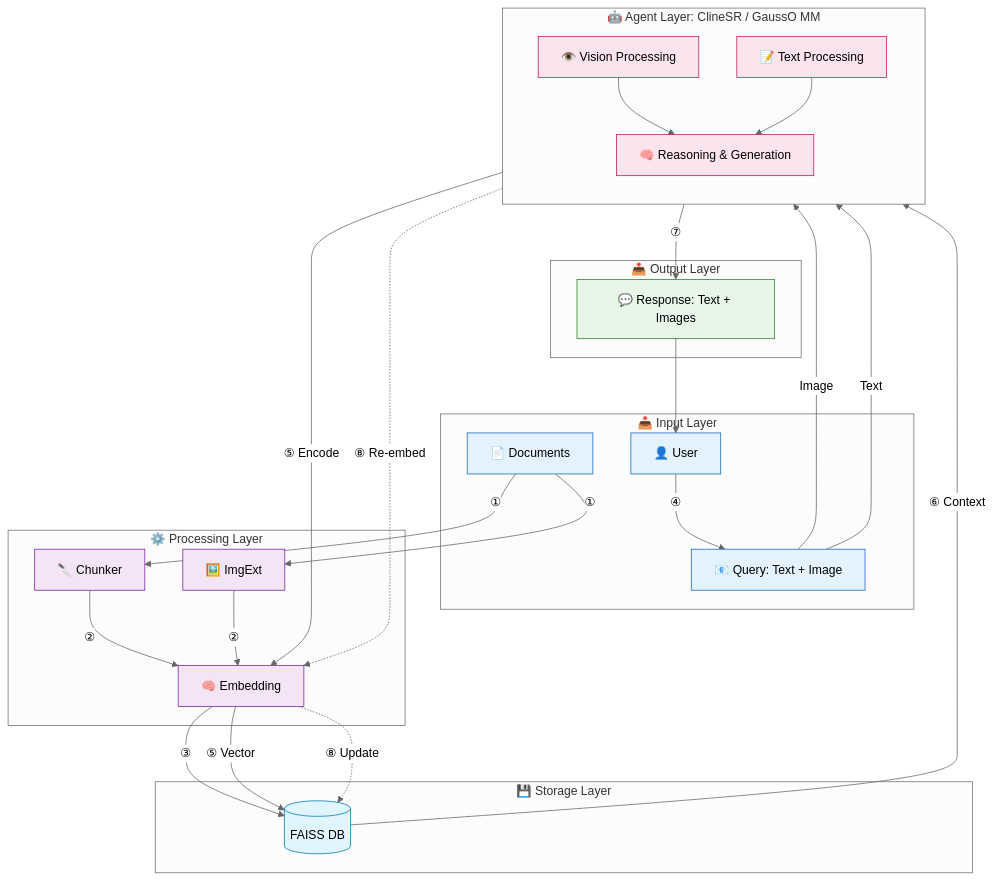
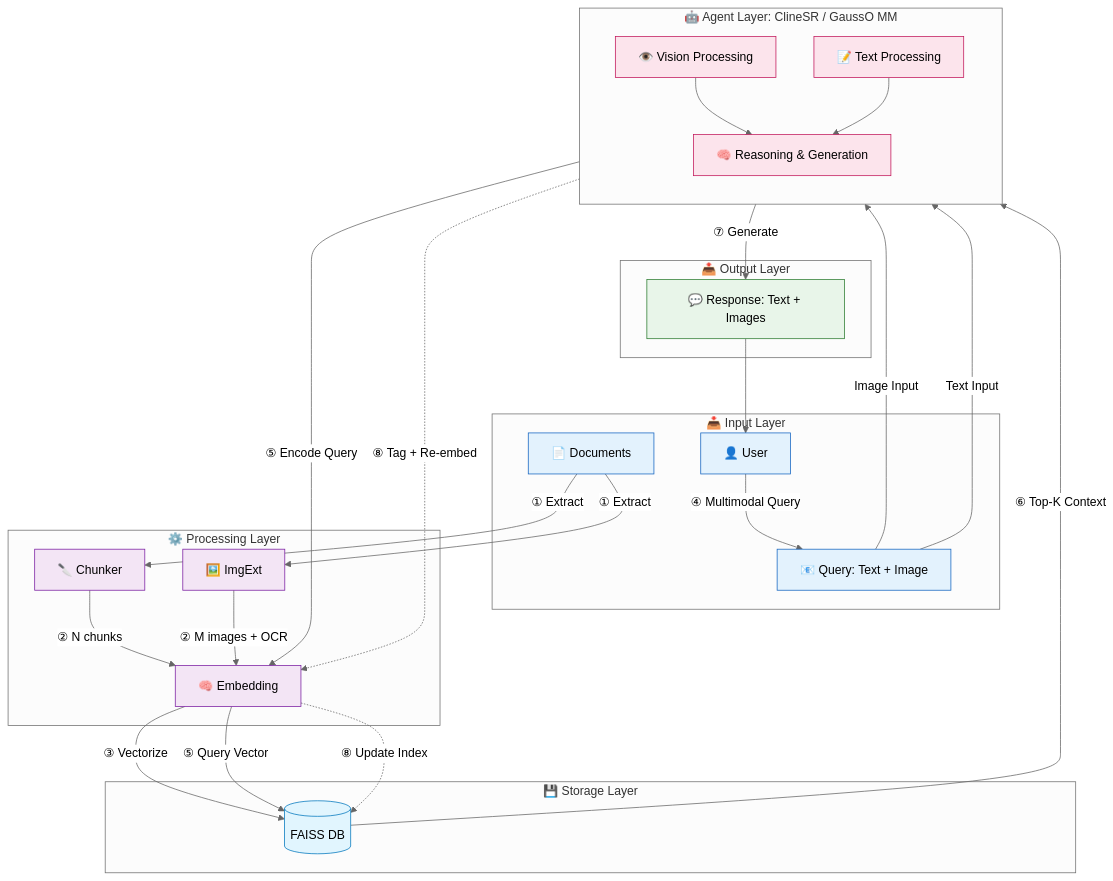
One commit to ngcix/doc-rag changed the fourth of 4 diagrams in report-doc/11-report-clineSR-withRAG.md. Above: the diagram before and after it, drawn with Mermaid (neutral theme). The commit also changed other lines of this file, not shown here.

````diff
--- a/report-doc/11-report-clineSR-withRAG.md
+++ b/report-doc/11-report-clineSR-withRAG.md
@@ -69,66 +69,66 @@
 ```mermaid
 flowchart TB
     subgraph INPUT [📥 Input Layer]
         User[👤 User]
         Docs[📄 Documents]
         QueryInput[📧 Query: Text + Image]
     end
 
     subgraph PROCESS [⚙️ Processing Layer]
         Chunker[🔪 Chunker]
         ImgExt[🖼️ ImgExt]
         Embed[🧠 Embedding]
     end
 
     subgraph STORAGE [💾 Storage Layer]
         FAISS[(FAISS DB)]
     end
 
     subgraph AGENT [🤖 Agent Layer: ClineSR / GaussO MM]
         direction TB
         VisionProc[👁️ Vision Processing]
         TextProc[📝 Text Processing]
         Reasoning[🧠 Reasoning & Generation]
     end
 
     subgraph OUTPUT [📤 Output Layer]
         Response[💬 Response: Text + Images]
     end
 
     %% Ingestion Flow (①②③)
-    Docs -->|①| Chunker
-    Docs -->|①| ImgExt
-    Chunker -->|②| Embed
-    ImgExt -->|②| Embed
-    Embed -->|③| FAISS
+    Docs -->|① Extract| Chunker
+    Docs -->|① Extract| ImgExt
+    Chunker -->|② N chunks| Embed
+    ImgExt -->|② M images + OCR| Embed
+    Embed -->|③ Vectorize| FAISS
 
     %% Query Flow (④⑤⑥⑦)
-    User -->|④| QueryInput
-    QueryInput -->|Image| VisionProc
-    QueryInput -->|Text| TextProc
+    User -->|④ Multimodal Query| QueryInput
+    QueryInput -->|Image Input| VisionProc
+    QueryInput -->|Text Input| TextProc
     VisionProc --> Reasoning
     TextProc --> Reasoning
-    Reasoning -->|⑤ Encode| Embed
-    Embed -->|⑤ Vector| FAISS
-    FAISS -->|⑥ Context| Reasoning
-    Reasoning -->|⑦| Response
+    Reasoning -->|⑤ Encode Query| Embed
+    Embed -->|⑤ Query Vector| FAISS
+    FAISS -->|⑥ Top-K Context| Reasoning
+    Reasoning -->|⑦ Generate| Response
 
     %% Feedback Flow (⑧)
-    Reasoning -.->|⑧ Re-embed| Embed
-    Embed -.->|⑧ Update| FAISS
+    Reasoning -.->|⑧ Tag + Re-embed| Embed
+    Embed -.->|⑧ Update Index| FAISS
 
     %% Output to User
     Response --> User
 
     classDef inputStyle fill:#e3f2fd,stroke:#1565c0
     classDef processStyle fill:#f3e5f5,stroke:#7b1fa2
     classDef storageStyle fill:#e1f5fe,stroke:#0277bd
     classDef agentStyle fill:#fce4ec,stroke:#c2185b
     classDef outputStyle fill:#e8f5e9,stroke:#2e7d32
 
     class User,Docs,QueryInput inputStyle
     class Chunker,ImgExt,Embed processStyle
     class FAISS storageStyle
     class VisionProc,TextProc,Reasoning agentStyle
     class Response outputStyle
 ```
````
